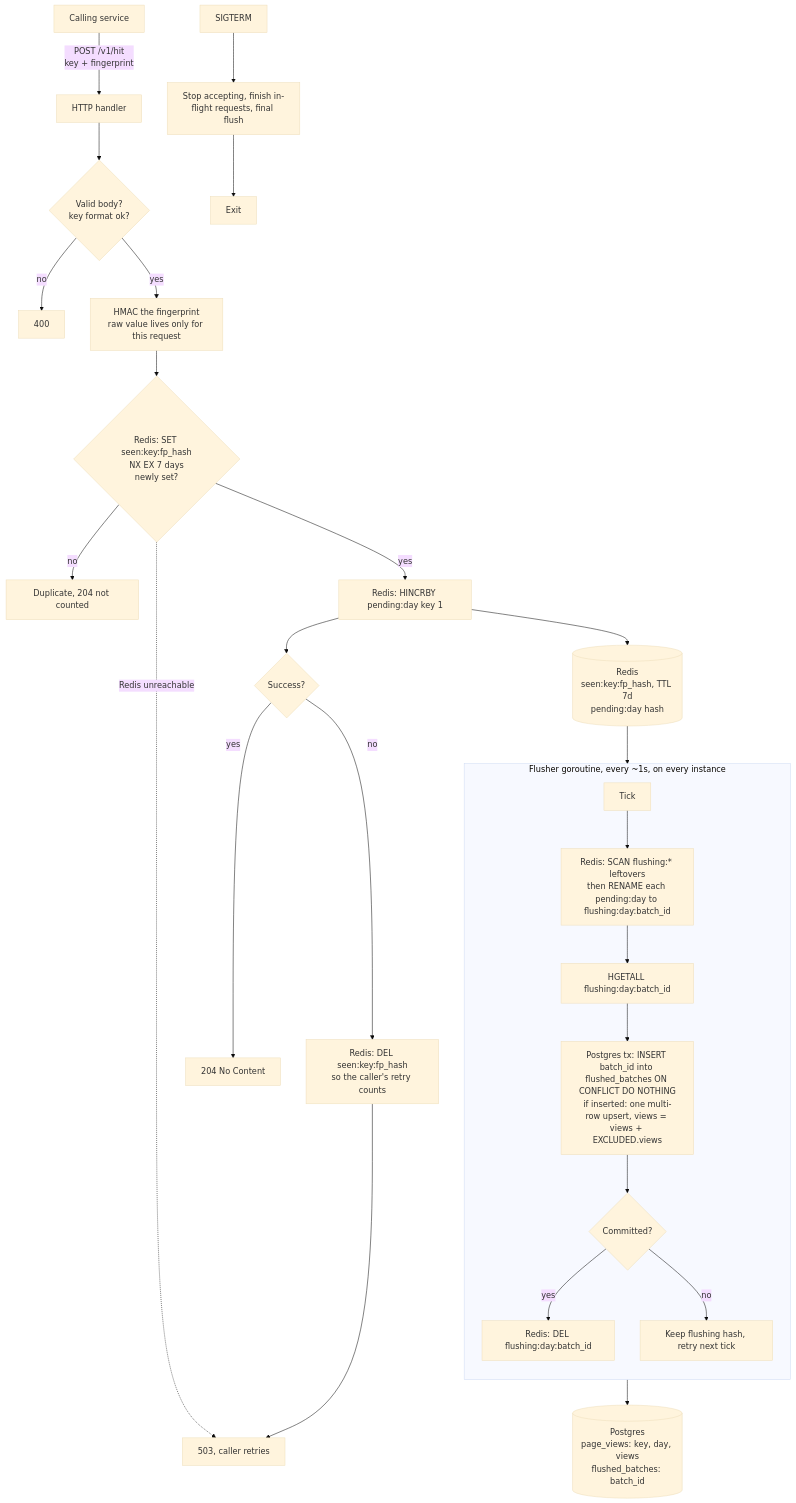
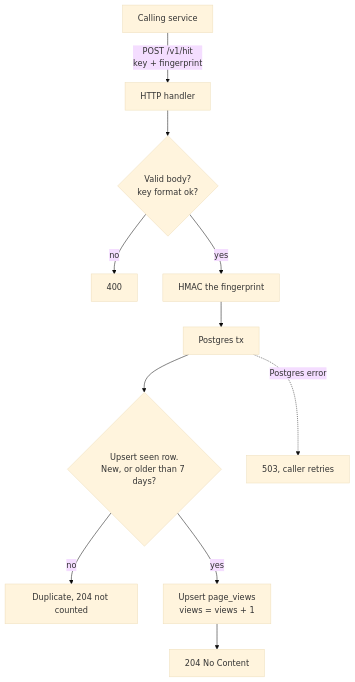
The diagram in docs/write-path.md (oshanz/view-counter), drawn with Mermaid (base theme) before and after one commit. The commit also changed other lines of this file and 3 other files, not shown here.

First line of the commit message:
Simplify design to Postgres-only for ~1 write/sec and ~1 read/sec

````diff
--- a/docs/write-path.md
+++ b/docs/write-path.md
@@ -9,32 +9,13 @@
 ```mermaid
 flowchart TD
     C[Calling service] -->|POST /v1/hit<br/>key + fingerprint| H[HTTP handler]
     H --> V{Valid body?<br/>key format ok?}
     V -- no --> E[400]
-    V -- yes --> FP[HMAC the fingerprint<br/>raw value lives only for this request]
-    FP --> NX{Redis: SET seen:key:fp_hash<br/>NX EX 7 days<br/>newly set?}
-    NX -- no --> R204[Duplicate, 204 not counted]
-    NX -- yes --> INC[Redis: HINCRBY pending:day key 1]
-    INC --> OKI{Success?}
-    OKI -- yes --> R204b[204 No Content]
-    OKI -- no --> COMP[Redis: DEL seen:key:fp_hash<br/>so the caller's retry counts]
-    COMP --> E503[503, caller retries]
-    NX -. Redis unreachable .-> E503
-
-    INC --> RD[(Redis<br/>seen:key:fp_hash, TTL 7d<br/>pending:day hash)]
-
-    subgraph Flush [Flusher goroutine, every ~1s, on every instance]
-        direction TD
-        T[Tick] --> SW[Redis: SCAN flushing:* leftovers<br/>then RENAME each pending:day to flushing:day:batch_id]
-        SW --> RG[HGETALL flushing:day:batch_id]
-        RG --> TX[Postgres tx: INSERT batch_id into flushed_batches ON CONFLICT DO NOTHING<br/>if inserted: one multi-row upsert, views = views + EXCLUDED.views]
-        TX --> OKF{Committed?}
-        OKF -- yes --> DEL[Redis: DEL flushing:day:batch_id]
-        OKF -- no --> KEEP[Keep flushing hash, retry next tick]
-    end
-
-    RD --> T
-    TX --> PG[(Postgres<br/>page_views: key, day, views<br/>flushed_batches: batch_id)]
-
-    SIG[SIGTERM] --> STOP[Stop accepting, finish in-flight requests, final flush] --> EXIT[Exit]
+    V -- yes --> FP[HMAC the fingerprint]
+    FP --> TX[Postgres tx]
+    TX --> SEEN{Upsert seen row.<br/>New, or older than 7 days?}
+    SEEN -- no --> R204[Duplicate, 204 not counted]
+    SEEN -- yes --> INC[Upsert page_views<br/>views = views + 1]
+    INC --> R204b[204 No Content]
+    TX -. Postgres error .-> E503[503, caller retries]
 ```
````
